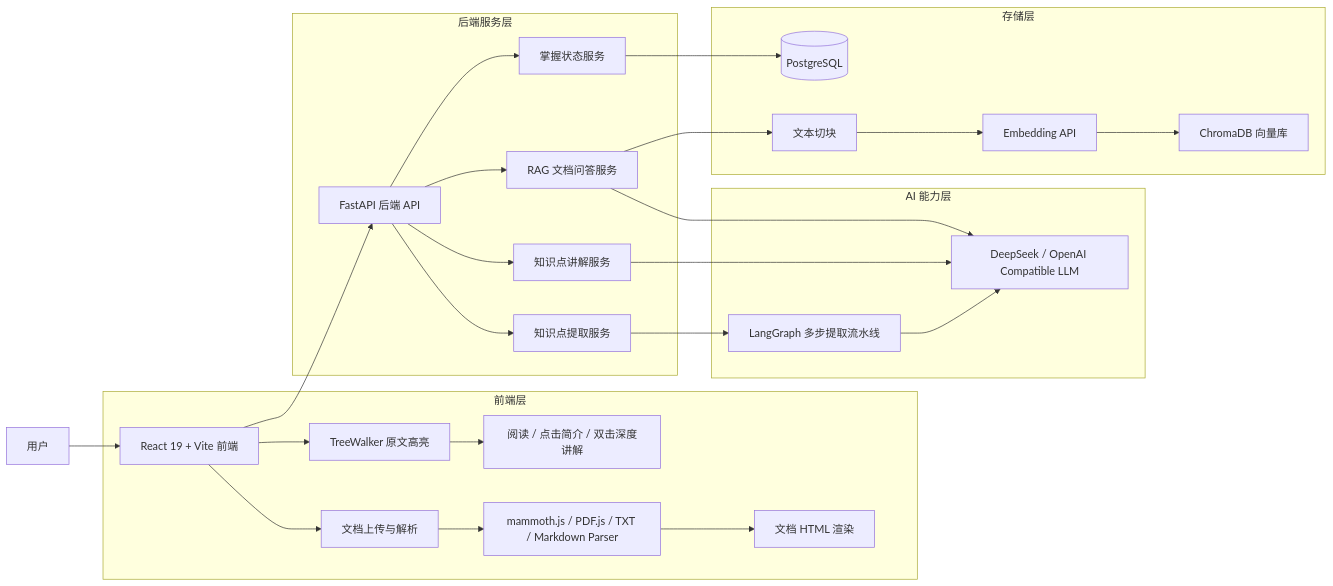
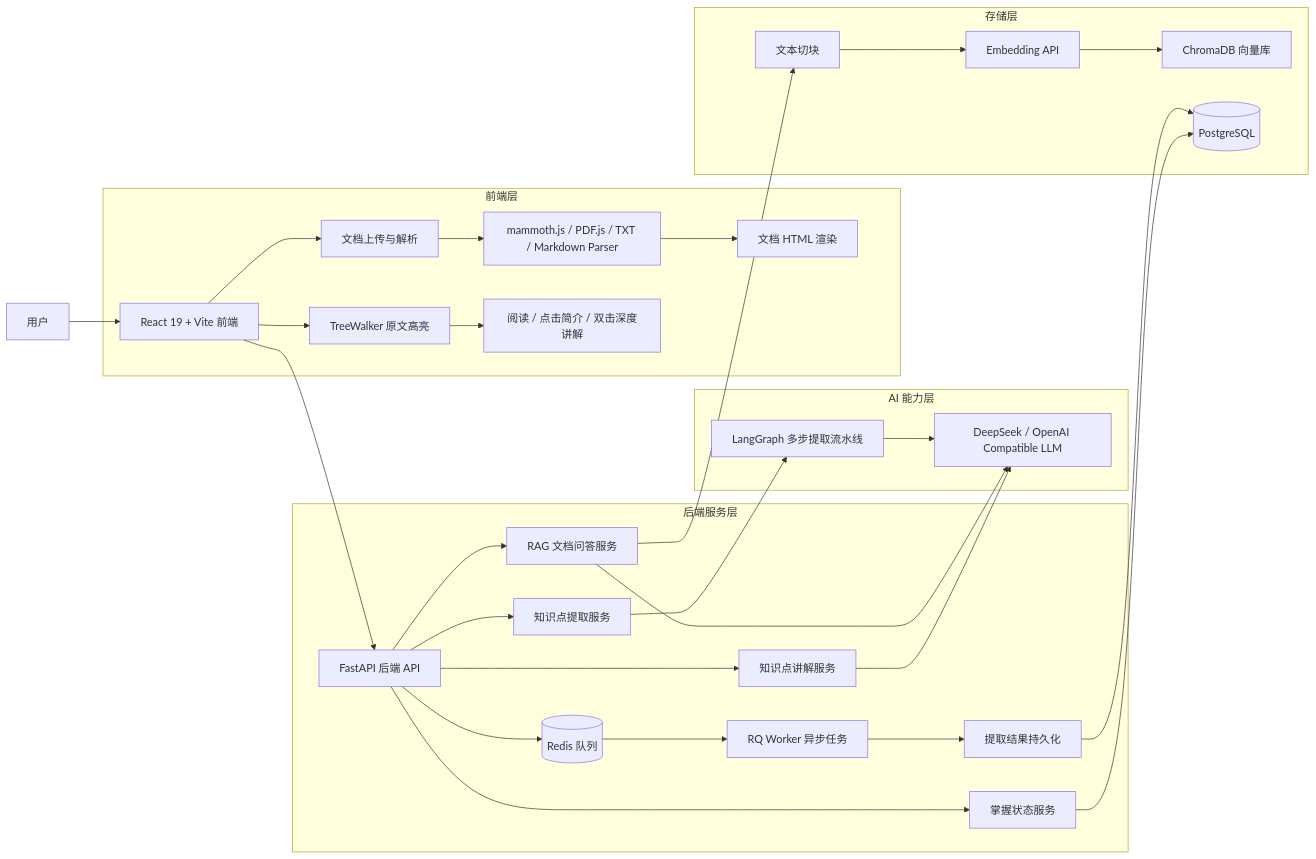
One commit to 54dongdaozhu/pagemind changed the first of 2 diagrams in README.md. Above: the diagram before and after it, drawn with Mermaid. The commit also changed other lines of this file and 1 other file, not shown here.

````diff
--- a/README.md
+++ b/README.md
@@ -36,36 +36,41 @@
 ```mermaid
 flowchart LR
     User[用户] --> Frontend[React 19 + Vite 前端]
 
     subgraph FE[前端层]
         Frontend --> Upload[文档上传与解析]
         Upload --> Parser[mammoth.js / PDF.js / TXT / Markdown Parser]
         Parser --> HtmlRender[文档 HTML 渲染]
         Frontend --> Highlight[TreeWalker 原文高亮]
         Highlight --> Reader[阅读 / 点击简介 / 双击深度讲解]
     end
 
     subgraph BE[后端服务层]
         API[FastAPI 后端 API]
+        Worker[RQ Worker 异步任务]
         API --> Extract[知识点提取服务]
         API --> Explain[知识点讲解服务]
         API --> RAG[RAG 文档问答服务]
         API --> Knowledge[掌握状态服务]
+        API --> Redis[(Redis 队列)]
+        Redis --> Worker
+        Worker --> Persist[提取结果持久化]
     end
 
     subgraph AI[AI 能力层]
         Extract --> LangGraph[LangGraph 多步提取流水线]
         LangGraph --> LLM[DeepSeek / OpenAI Compatible LLM]
         Explain --> LLM
         RAG --> LLM
     end
 
     subgraph Storage[存储层]
         RAG --> Chunk[文本切块]
         Chunk --> Embedding[Embedding API]
         Embedding --> Chroma[ChromaDB 向量库]
         Knowledge --> Postgres[(PostgreSQL)]
+        Persist --> Postgres
     end
 
     Frontend --> API
 ```
````
